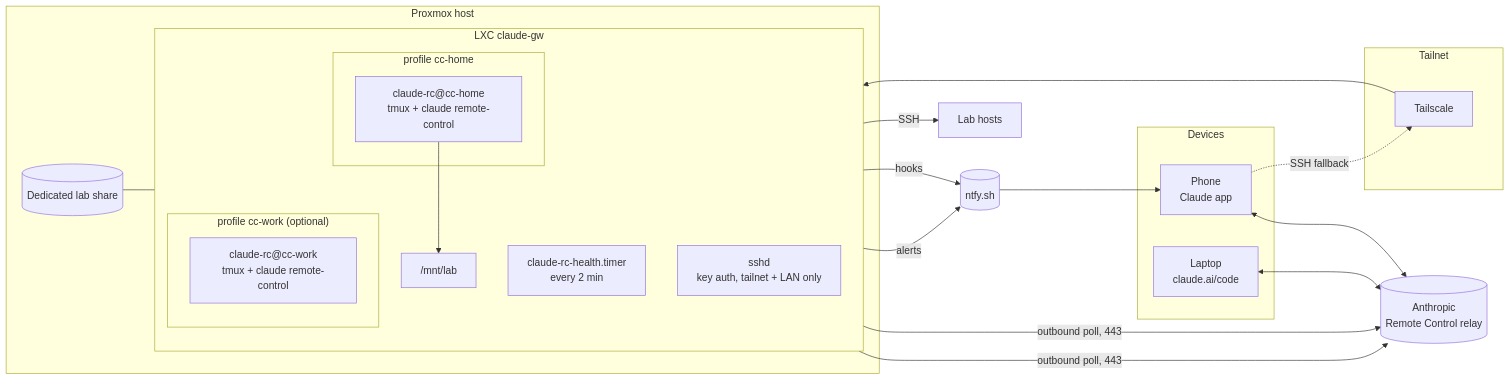
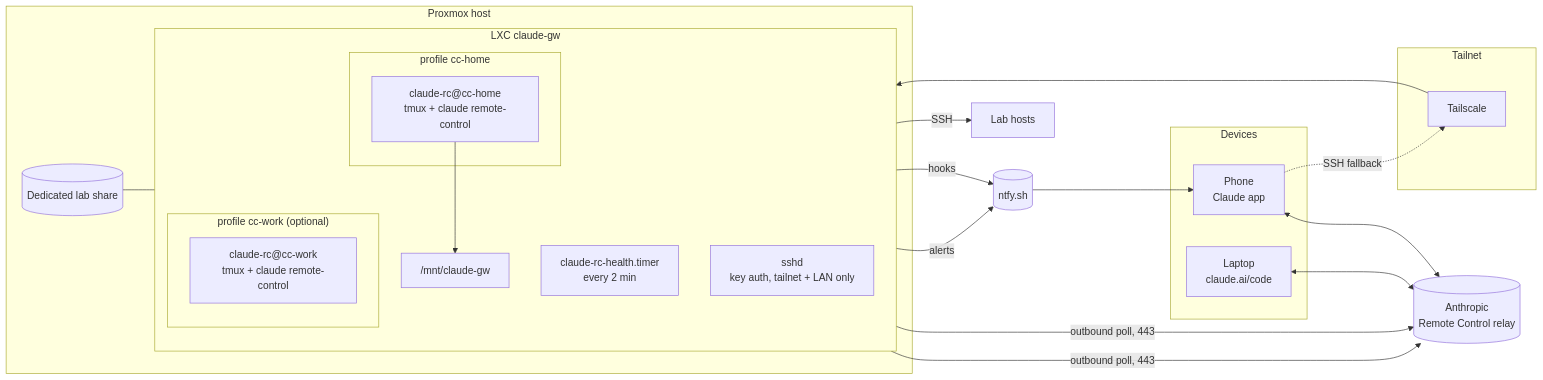
Before and after one commit to andy-wilson/claude-gw: the first of 3 diagrams in docs/design.md, drawn with Mermaid. The commit also changed other lines of this file and 12 other files, not shown here.

Commit message:
Mount lab share at /mnt/claude-gw instead of /mnt/lab; README migration steps

````diff
--- a/docs/design.md
+++ b/docs/design.md
@@ -45,40 +45,40 @@
 ```mermaid
 flowchart LR
   subgraph Devices
     phone[Phone<br/>Claude app]
     laptop[Laptop<br/>claude.ai/code]
   end
   relay[(Anthropic<br/>Remote Control relay)]
   ntfy[(ntfy.sh)]
   subgraph Tailnet
     ts[Tailscale]
   end
   subgraph px [Proxmox host]
     share[(Dedicated lab share)]
     subgraph ct [LXC claude-gw]
       direction TB
       subgraph home [profile cc-home]
         u1["claude-rc@cc-home<br/>tmux + claude remote-control"]
       end
       subgraph work ["profile cc-work (optional)"]
         u2["claude-rc@cc-work<br/>tmux + claude remote-control"]
       end
       health[claude-rc-health.timer<br/>every 2 min]
       sshd[sshd<br/>key auth, tailnet + LAN only]
-      mnt["/mnt/lab"]
+      mnt["/mnt/claude-gw"]
     end
   end
   labhosts[Lab hosts]
 
   phone <--> relay
   laptop <--> relay
   u1 -- outbound poll, 443 --> relay
   u2 -- outbound poll, 443 --> relay
   phone -. SSH fallback .-> ts --> sshd
   health -- alerts --> ntfy
   u1 -- hooks --> ntfy
   ntfy --> phone
   share --- mnt
   u1 --> mnt
   u1 -- SSH --> labhosts
 ```
````
